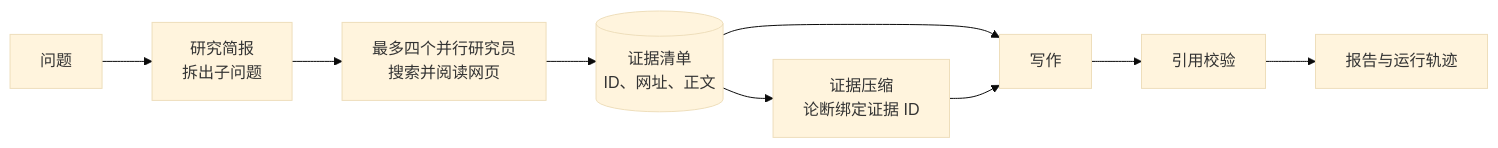
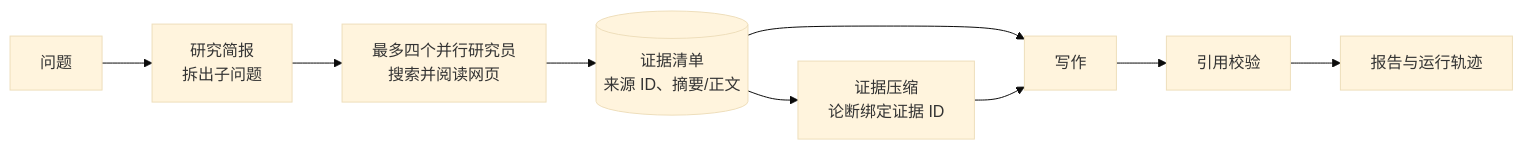
Before and after one commit to huichimegumi/deepsearch-agents: the second of 3 diagrams in README.md, drawn with Mermaid (base theme). The commit also changed other lines of this file, not shown here.

Commit message:
docs: add architecture overview and evaluation-focused README guide

````diff
--- a/README.md
+++ b/README.md
@@ -21,11 +55,11 @@
 ```mermaid
 flowchart LR
     Q[问题] --> B[研究简报<br/>拆出子问题]
     B --> P[最多四个并行研究员<br/>搜索并阅读网页]
-    P --> E[(证据清单<br/>ID、网址、正文)]
+    P --> E[(证据清单<br/>来源 ID、摘要/正文)]
     E --> C[证据压缩<br/>论断绑定证据 ID]
     E --> W[写作]
     C --> W
     W --> V[引用校验]
     V --> O[报告与运行轨迹]
 ```
````
